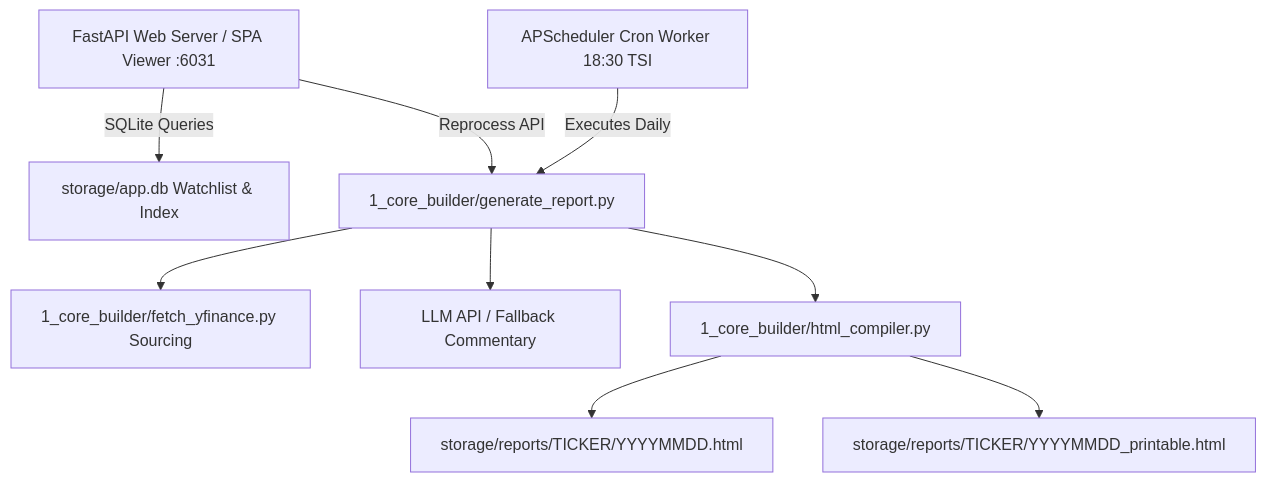
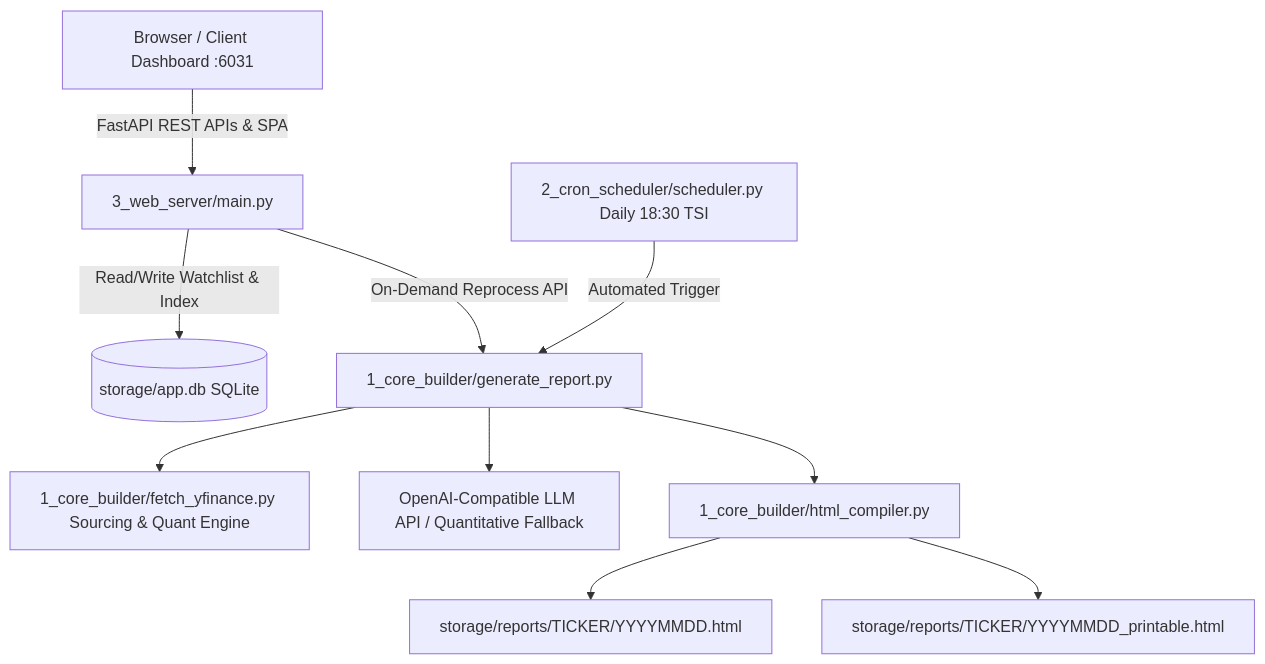
The first of 2 diagrams in README.md (dturkuler/stock-analyzer-app), drawn with Mermaid before and after one commit. The commit also changed other lines of this file and 12 other files, not shown here.

````diff
--- a/README.md
+++ b/README.md
@@ -82,11 +84,12 @@
 ```mermaid
 graph TD
-    A["FastAPI Web Server / SPA Viewer :6031"] -->|SQLite Queries| B["storage/app.db Watchlist & Index"]
-    C["APScheduler Cron Worker 18:30 TSI"] -->|Executes Daily| D["1_core_builder/generate_report.py"]
-    A -->|Reprocess API| D
-    D --> E["1_core_builder/fetch_yfinance.py Sourcing"]
-    D --> F["LLM API / Fallback Commentary"]
+    Client["Browser / Client Dashboard :6031"] -->|FastAPI REST APIs & SPA| A["3_web_server/main.py"]
+    A -->|Read/Write Watchlist & Index| B[("storage/app.db SQLite")]
+    C["2_cron_scheduler/scheduler.py Daily 18:30 TSI"] -->|Automated Trigger| D["1_core_builder/generate_report.py"]
+    A -->|On-Demand Reprocess API| D
+    D --> E["1_core_builder/fetch_yfinance.py Sourcing & Quant Engine"]
+    D --> F["OpenAI-Compatible LLM API / Quantitative Fallback"]
     D --> G["1_core_builder/html_compiler.py"]
     G --> H["storage/reports/TICKER/YYYYMMDD.html"]
     G --> I["storage/reports/TICKER/YYYYMMDD_printable.html"]
 ```
````
